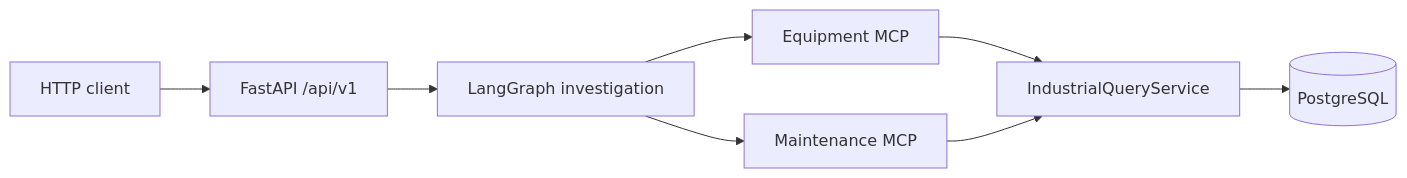
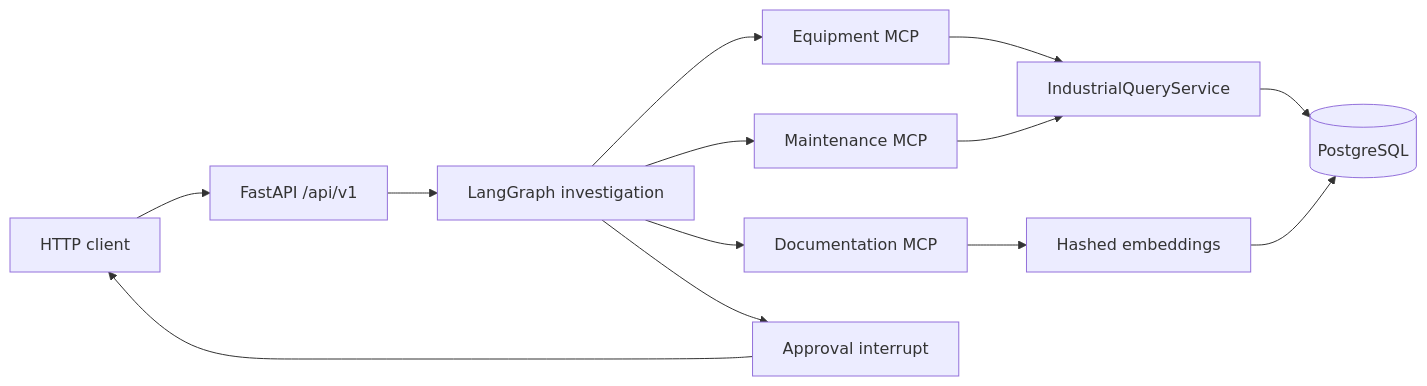
One commit to StrangePhoton/ForgeFlowAI changed the second of 2 diagrams in README.md. Above: the diagram before and after it, drawn with Mermaid. The commit also changed other lines of this file and 60 other files, not shown here.

````diff
--- a/README.md
+++ b/README.md
@@ -52,10 +52,15 @@
 ```mermaid
 flowchart LR
     Client[HTTP client] --> API[FastAPI /api/v1]
     API --> Graph[LangGraph investigation]
     Graph --> EqMCP[Equipment MCP]
     Graph --> MaintMCP[Maintenance MCP]
+    Graph --> DocMCP[Documentation MCP]
+    Graph --> Gate[Approval interrupt]
     EqMCP --> Reader[IndustrialQueryService]
     MaintMCP --> Reader
+    DocMCP --> Manuals[Hashed embeddings]
     Reader --> DB[(PostgreSQL)]
+    Manuals --> DB
+    Gate --> Client
 ```
````
